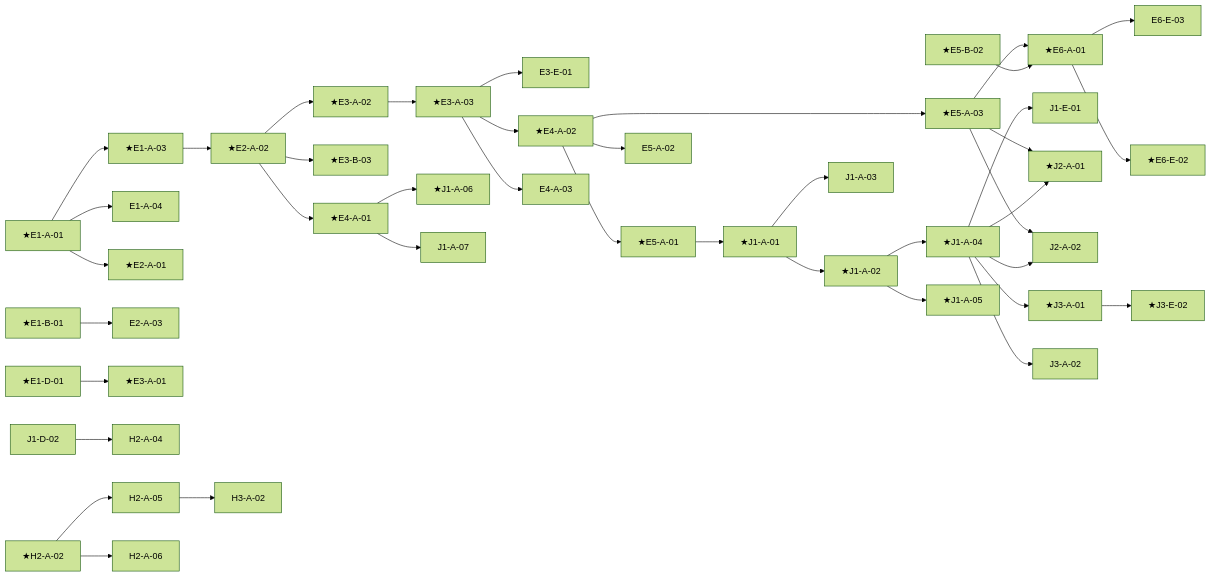
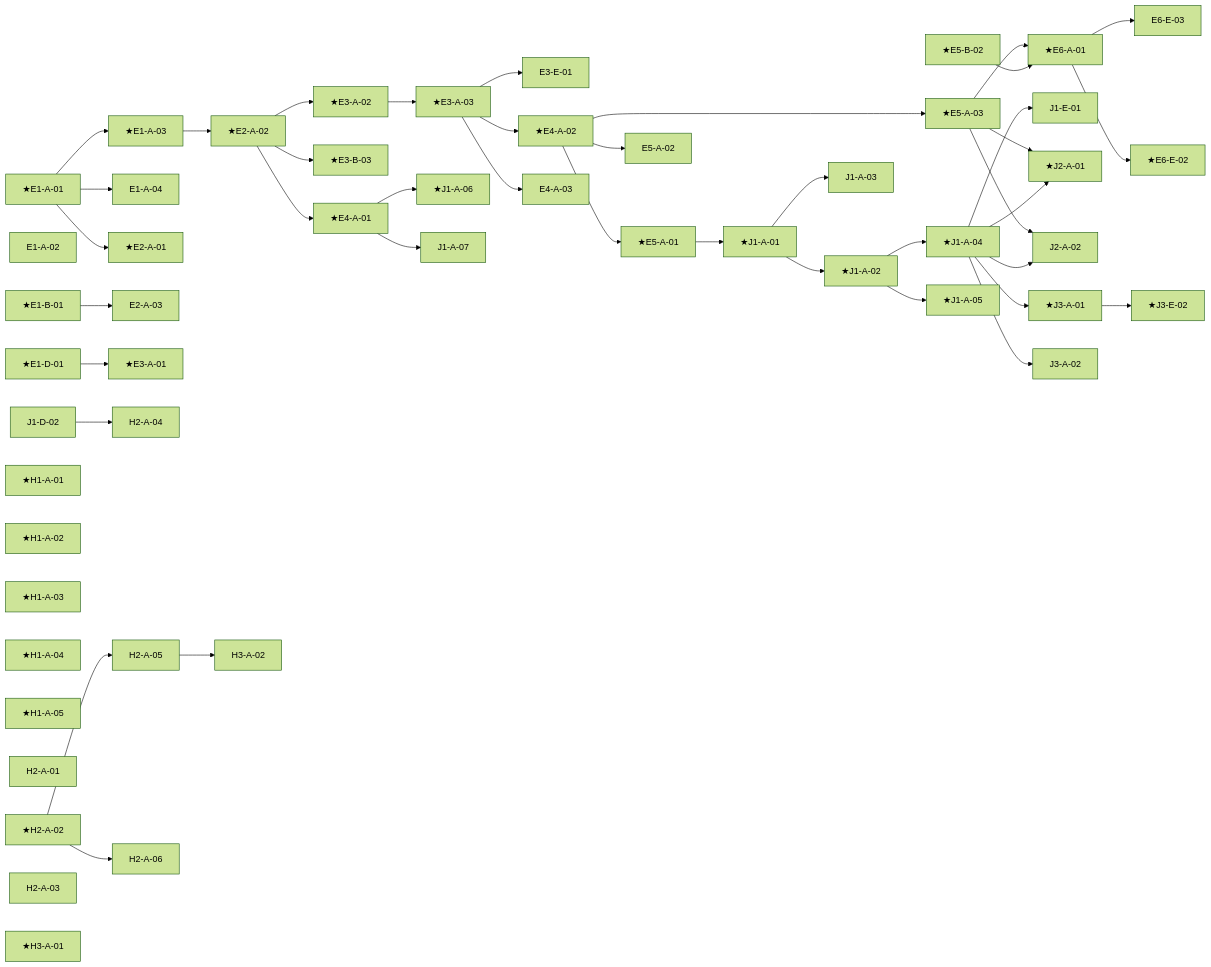
The first of 6 diagrams in docs/traceability.md (masa-san-jp/jp-k12-digital-ai-textbook), drawn with Mermaid (forest theme) before and after one commit. The commit also changed other lines of this file and 1 other file, not shown here.

````diff
--- a/docs/traceability.md
+++ b/docs/traceability.md
@@ -28,6 +28,7 @@
 ```mermaid
 graph LR
   E1_A_01["★E1-A-01"]
+  E1_A_02["E1-A-02"]
   E1_A_03["★E1-A-03"]
   E1_A_04["E1-A-04"]
   E1_B_01["★E1-B-01"]
@@ -64,10 +65,18 @@
   J3_A_01["★J3-A-01"]
   J3_A_02["J3-A-02"]
   J3_E_02["★J3-E-02"]
+  H1_A_01["★H1-A-01"]
+  H1_A_02["★H1-A-02"]
+  H1_A_03["★H1-A-03"]
+  H1_A_04["★H1-A-04"]
+  H1_A_05["★H1-A-05"]
+  H2_A_01["H2-A-01"]
   H2_A_02["★H2-A-02"]
+  H2_A_03["H2-A-03"]
   H2_A_04["H2-A-04"]
   H2_A_05["H2-A-05"]
   H2_A_06["H2-A-06"]
+  H3_A_01["★H3-A-01"]
   H3_A_02["H3-A-02"]
   E1_A_01 --> E1_A_03
   E1_A_01 --> E1_A_04
````
